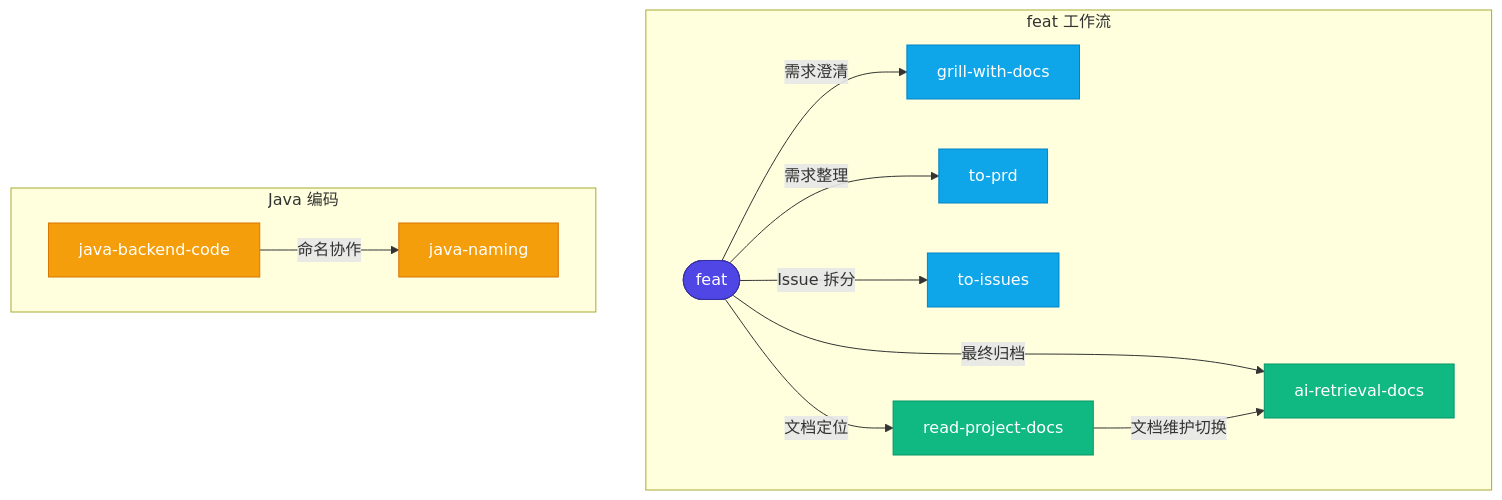
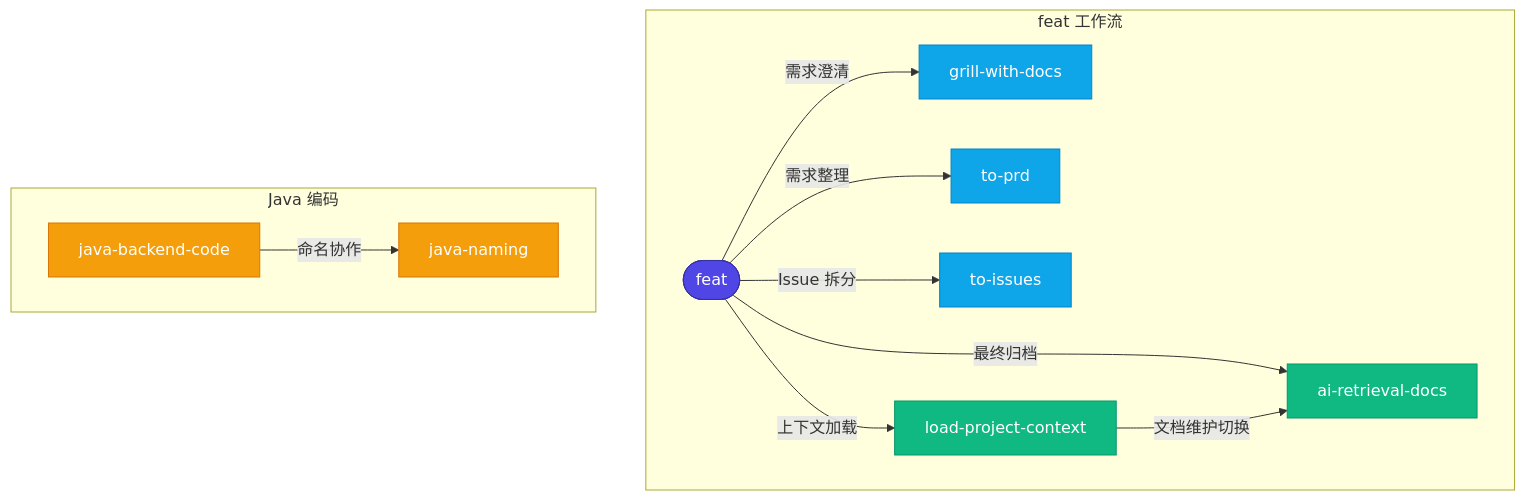
Before and after one commit to mofan212/codex-profile: the first of 3 diagrams in README.md, drawn with Mermaid. The commit also changed other lines of this file and 7 other files, not shown here.

Commit message:
增强 Skill：以 load-project-context 替换 read-project-docs

````diff
--- a/README.md
+++ b/README.md
@@ -49,33 +49,33 @@
 ```mermaid
 flowchart TD
     subgraph feat_workflow ["feat 工作流"]
         feat(["feat"])
         grillWithDocs["grill-with-docs"]
         toPrd["to-prd"]
         toIssues["to-issues"]
-        readProjectDocs["read-project-docs"]
+        loadProjectContext["load-project-context"]
         aiRetrievalDocs["ai-retrieval-docs"]
     end
 
     subgraph java_coding ["Java 编码"]
         javaBackendCode["java-backend-code"]
         javaNaming["java-naming"]
     end
 
     feat -->|需求澄清| grillWithDocs
     feat -->|需求整理| toPrd
     feat -->|Issue 拆分| toIssues
-    feat -->|文档定位| readProjectDocs
+    feat -->|上下文加载| loadProjectContext
     feat -->|最终归档| aiRetrievalDocs
-    readProjectDocs -->|文档维护切换| aiRetrievalDocs
+    loadProjectContext -->|文档维护切换| aiRetrievalDocs
     javaBackendCode -->|命名协作| javaNaming
 
     style feat fill:#4f46e5,color:#fff,stroke:#3730a3
     style grillWithDocs fill:#0ea5e9,color:#fff,stroke:#0284c7
     style toPrd fill:#0ea5e9,color:#fff,stroke:#0284c7
     style toIssues fill:#0ea5e9,color:#fff,stroke:#0284c7
-    style readProjectDocs fill:#10b981,color:#fff,stroke:#059669
+    style loadProjectContext fill:#10b981,color:#fff,stroke:#059669
     style aiRetrievalDocs fill:#10b981,color:#fff,stroke:#059669
     style javaBackendCode fill:#f59e0b,color:#fff,stroke:#d97706
     style javaNaming fill:#f59e0b,color:#fff,stroke:#d97706
 ```
````
